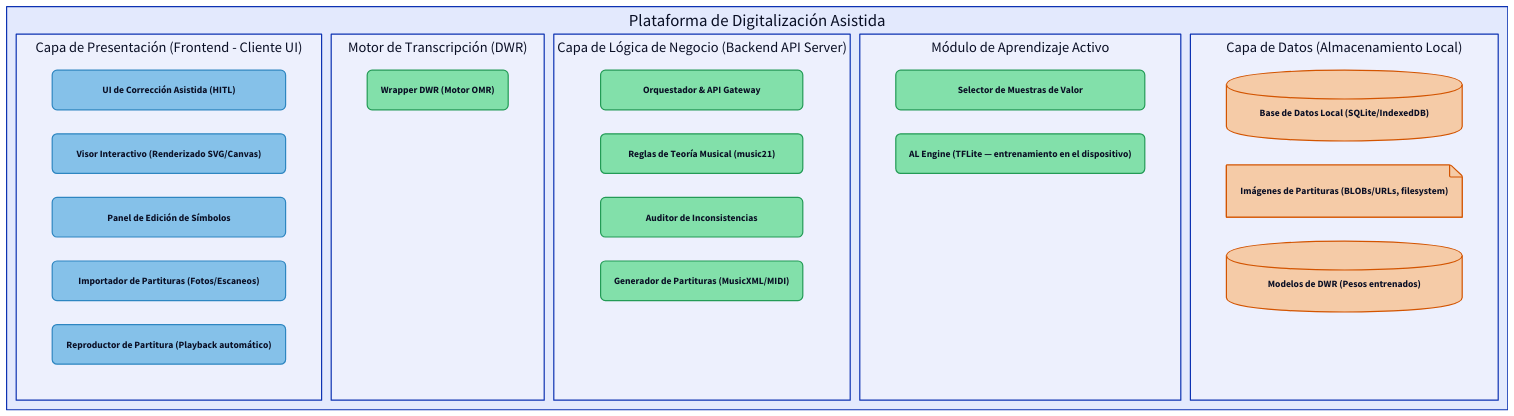
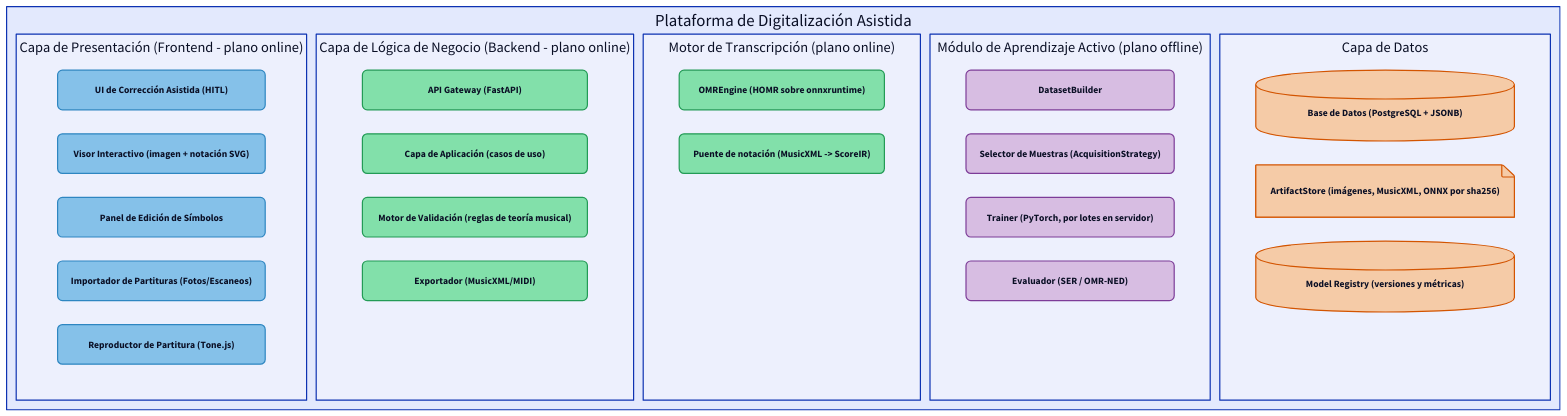
Before and after one commit to sebdavid3/Cadenza: the second of 3 diagrams in docs/arquitectura-dbb.md, drawn with D2. The commit also changed other lines of this file and 4 other files, not shown here.

First line of the commit message:
docs(architecture): fijar la arquitectura objetivo v1.1 y alinear el DBB

````diff
--- a/docs/arquitectura-dbb.md
+++ b/docs/arquitectura-dbb.md
@@ -76,6 +84,12 @@
   server: {
     style.fill: "#82E0AA"
     style.stroke: "#239B56"
+    style.stroke-width: 2
+    style.border-radius: 8
+  }
+  batch: {
+    style.fill: "#D7BDE2"
+    style.stroke: "#7D3C98"
     style.stroke-width: 2
     style.border-radius: 8
   }
@@ -91,43 +105,46 @@
   grid-columns: 5
   grid-gap: 16
 
-  presentation_layer: "Capa de Presentación (Frontend - Cliente UI)" {
+  presentation_layer: "Capa de Presentación (Frontend - plano online)" {
     grid-rows: 5
     UI: "UI de Corrección Asistida (HITL)"
-    Visor: "Visor Interactivo (Renderizado SVG/Canvas)"
+    Visor: "Visor Interactivo (imagen + notación SVG)"
     Editor: "Panel de Edición de Símbolos"
     Importador: "Importador de Partituras (Fotos/Escaneos)"
-    Reproductor: "Reproductor de Partitura (Playback automático)"
+    Reproductor: "Reproductor de Partitura (Tone.js)"
   }
 
-  omr_motor: "Motor de Transcripción (DWR)" {
-    grid-rows: 1
-    DWR: "Wrapper DWR (Motor OMR)"
+  backend_layer: "Capa de Lógica de Negocio (Backend - plano online)" {
+    grid-rows: 4
+    Gateway: "API Gateway (FastAPI)"
+    Aplicacion: "Capa de Aplicación (casos de uso)"
+    Validador: "Motor de Validación (reglas de teoría musical)"
+    Exportador: "Exportador (MusicXML/MIDI)"
   }
 
-  backend_layer: "Capa de Lógica de Negocio (Backend API Server)" {
-    grid-rows: 4
-    Orquestador: "Orquestador & API Gateway"
-    Validador: "Reglas de Teoría Musical (music21)"
-    Auditor: "Auditor de Inconsistencias"
-    Exportador: "Generador de Partituras (MusicXML/MIDI)"
+  omr_motor: "Motor de Transcripción (plano online)" {
+    grid-rows: 2
+    OMR: "OMREngine (HOMR sobre onnxruntime)"
+    Interchange: "Puente de notación (MusicXML -> ScoreIR)"
   }
 
-  active_learning_module: "Módulo de Aprendizaje Activo" {
-    grid-rows: 2
-    Selector: "Selector de Muestras de Valor"
-    ALEngine: "AL Engine (TFLite — entrenamiento en el dispositivo)"
+  active_learning_module: "Módulo de Aprendizaje Activo (plano offline)" {
+    grid-rows: 4
+    Dataset: "DatasetBuilder"
+    Selector: "Selector de Muestras (AcquisitionStrategy)"
+    Trainer: "Trainer (PyTorch, por lotes en servidor)"
+    Evaluador: "Evaluador (SER / OMR-NED)"
   }
 
-  data_layer: "Capa de Datos (Almacenamiento Local)" {
+  data_layer: "Capa de Datos" {
     grid-rows: 3
-    DB: "Base de Datos Local (SQLite/IndexedDB)" {
+    DB: "Base de Datos (PostgreSQL + JSONB)" {
       shape: cylinder
     }
-    Imagenes: "Imágenes de Partituras (BLOBs/URLs, filesystem)" {
+    Artefactos: "ArtifactStore (imágenes, MusicXML, ONNX por sha256)" {
       shape: page
     }
-    Modelos: "Modelos de DWR (Pesos entrenados)" {
+    Registro: "Model Registry (versiones y métricas)" {
       shape: cylinder
     }
   }
@@ -140,14 +157,17 @@
 Plataforma_Cadenza.presentation_layer.Editor.class: client
 Plataforma_Cadenza.presentation_layer.Importador.class: client
 Plataforma_Cadenza.presentation_layer.Reproductor.class: client
-Plataforma_Cadenza.omr_motor.DWR.class: server
-Plataforma_Cadenza.backend_layer.Orquestador.class: server
+Plataforma_Cadenza.backend_layer.Gateway.class: server
+Plataforma_Cadenza.backend_layer.Aplicacion.class: server
 Plataforma_Cadenza.backend_layer.Validador.class: server
-Plataforma_Cadenza.backend_layer.Auditor.class: server
 Plataforma_Cadenza.backend_layer.Exportador.class: server
-Plataforma_Cadenza.active_learning_module.Selector.class: server
-Plataforma_Cadenza.active_learning_module.ALEngine.class: server
+Plataforma_Cadenza.omr_motor.OMR.class: server
+Plataforma_Cadenza.omr_motor.Interchange.class: server
+Plataforma_Cadenza.active_learning_module.Dataset.class: batch
+Plataforma_Cadenza.active_learning_module.Selector.class: batch
+Plataforma_Cadenza.active_learning_module.Trainer.class: batch
+Plataforma_Cadenza.active_learning_module.Evaluador.class: batch
 Plataforma_Cadenza.data_layer.DB.class: data
-Plataforma_Cadenza.data_layer.Imagenes.class: data
-Plataforma_Cadenza.data_layer.Modelos.class: data
+Plataforma_Cadenza.data_layer.Artefactos.class: data
+Plataforma_Cadenza.data_layer.Registro.class: data
 ```
````
